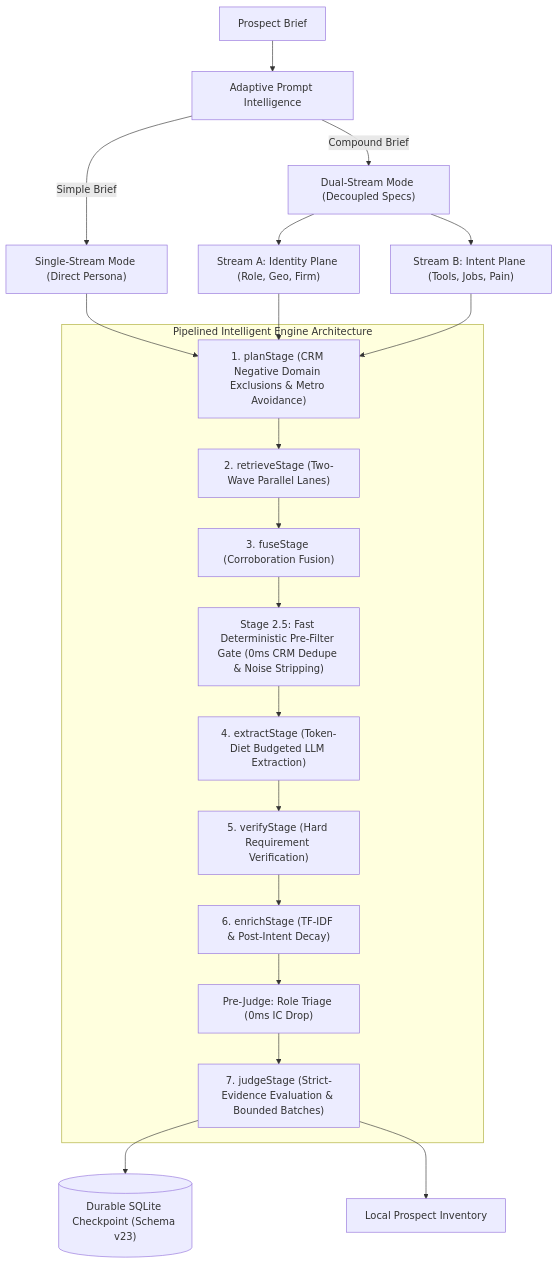
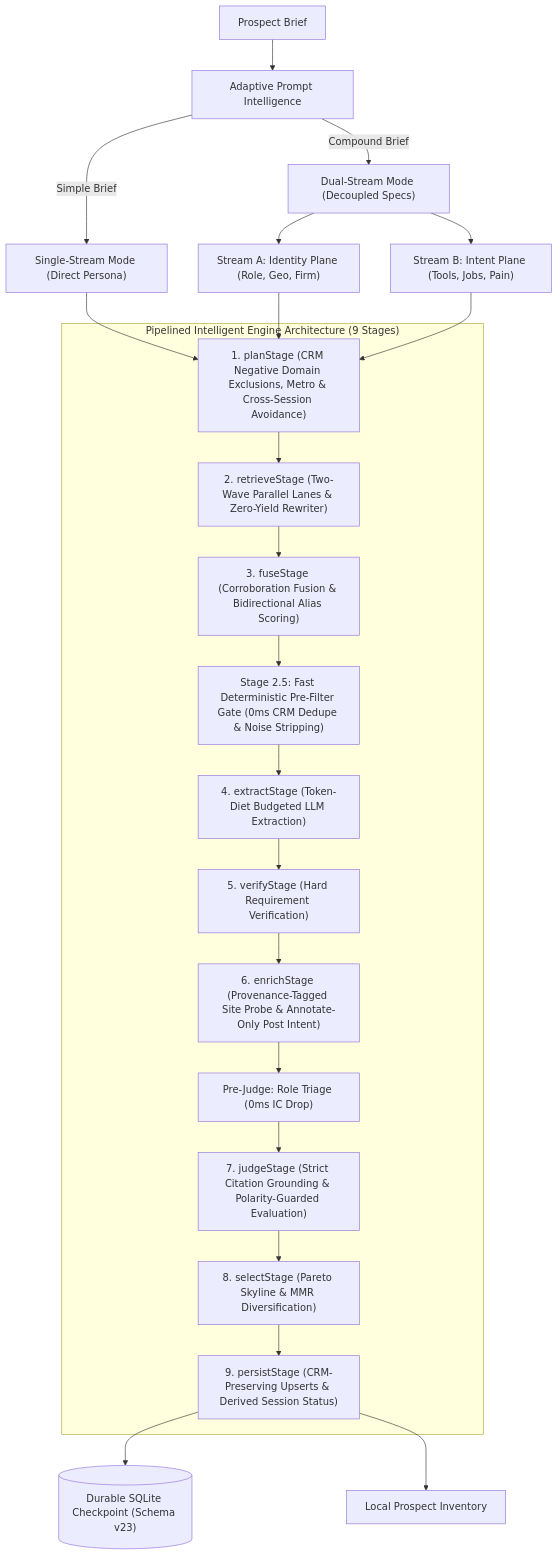
The first of 2 diagrams in README.md (AliasHolmes/Apex-CRM), drawn with Mermaid before and after one commit. The commit also changed other lines of this file and 3 other files, not shown here.

````diff
--- a/README.md
+++ b/README.md
@@ -44,29 +44,31 @@
 ```mermaid
 flowchart TD
     Brief["Prospect Brief"] --> Classifier["Adaptive Prompt Intelligence"]
     Classifier -->|Simple Brief| StreamIdentity["Single-Stream Mode (Direct Persona)"]
     Classifier -->|Compound Brief| StreamDual["Dual-Stream Mode (Decoupled Specs)"]
     StreamDual --> StreamA["Stream A: Identity Plane (Role, Geo, Firm)"]
     StreamDual --> StreamB["Stream B: Intent Plane (Tools, Jobs, Pain)"]
 
-    subgraph Stages ["Pipelined Intelligent Engine Architecture"]
-        Plan["1. planStage (CRM Negative Domain Exclusions & Metro Avoidance)"]
-        Retrieve["2. retrieveStage (Two-Wave Parallel Lanes)"]
-        Fuse["3. fuseStage (Corroboration Fusion)"]
+    subgraph Stages ["Pipelined Intelligent Engine Architecture (9 Stages)"]
+        Plan["1. planStage (CRM Negative Domain Exclusions, Metro & Cross-Session Avoidance)"]
+        Retrieve["2. retrieveStage (Two-Wave Parallel Lanes & Zero-Yield Rewriter)"]
+        Fuse["3. fuseStage (Corroboration Fusion & Bidirectional Alias Scoring)"]
         PreFilter["Stage 2.5: Fast Deterministic Pre-Filter Gate (0ms CRM Dedupe & Noise Stripping)"]
         Extract["4. extractStage (Token-Diet Budgeted LLM Extraction)"]
         Verify["5. verifyStage (Hard Requirement Verification)"]
-        Enrich["6. enrichStage (TF-IDF & Post-Intent Decay)"]
+        Enrich["6. enrichStage (Provenance-Tagged Site Probe & Annotate-Only Post Intent)"]
         PreJudge["Pre-Judge: Role Triage (0ms IC Drop)"]
-        Judge["7. judgeStage (Strict-Evidence Evaluation & Bounded Batches)"]
+        Judge["7. judgeStage (Strict Citation Grounding & Polarity-Guarded Evaluation)"]
+        Select["8. selectStage (Pareto Skyline & MMR Diversification)"]
+        Persist["9. persistStage (CRM-Preserving Upserts & Derived Session Status)"]
 
-        Plan --> Retrieve --> Fuse --> PreFilter --> Extract --> Verify --> Enrich --> PreJudge --> Judge
+        Plan --> Retrieve --> Fuse --> PreFilter --> Extract --> Verify --> Enrich --> PreJudge --> Judge --> Select --> Persist
     end
 
     StreamIdentity --> Plan
     StreamA --> Plan
     StreamB --> Plan
 
-    Judge --> Checkpoint[("Durable SQLite Checkpoint (Schema v23)")]
-    Judge --> Inventory["Local Prospect Inventory"]
+    Persist --> Checkpoint[("Durable SQLite Checkpoint (Schema v23)")]
+    Persist --> Inventory["Local Prospect Inventory"]
 ```
````
